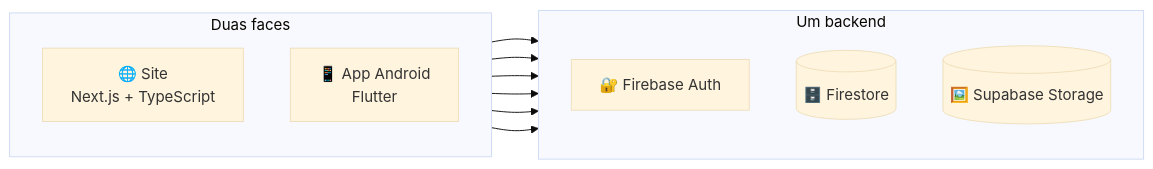
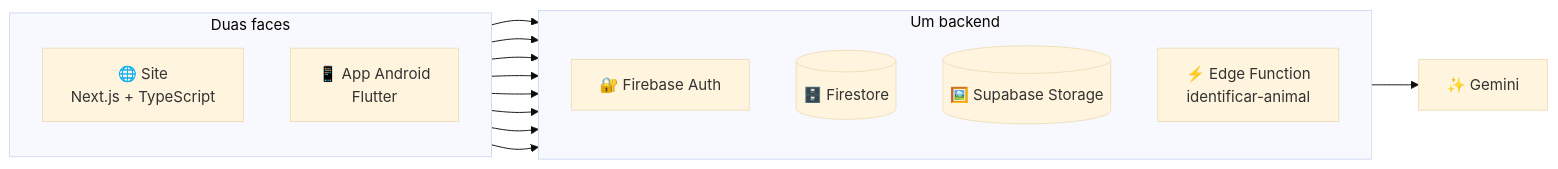
One commit to ecomap-devs/.github changed the diagram in profile/README.md. Above: the diagram before and after it, drawn with Mermaid (base theme). The commit also changed other lines of this file, not shown here.

Commit message:
Atualizar o estado do site e as funcoes novas no README da organizacao
O semestre-4-nextjs ainda aparecia como "porte em andamento": o porte
terminou e o site esta no endereco principal desde 01/10/2026, publicado
a cada merge. A descricao e o diagrama ganham o que entrou depois: os
biomas pelo limite do IBGE e a identificacao de animal por foto, pela
Edge Function do Supabase que consulta o Gemini.

````diff
--- a/profile/README.md
+++ b/profile/README.md
@@ -33,16 +34,18 @@
 ```mermaid
 flowchart LR
     subgraph faces[Duas faces]
         direction TB
         web["🌐 Site<br/>Next.js + TypeScript"]
         app["📱 App Android<br/>Flutter"]
     end
     subgraph backend[Um backend]
         direction TB
         auth[🔐 Firebase Auth]
         fs[(🗄️ Firestore)]
         sb[(🖼️ Supabase Storage)]
+        fn["⚡ Edge Function<br/>identificar-animal"]
     end
-    web --> auth & fs & sb
-    app --> auth & fs & sb
+    web --> auth & fs & sb & fn
+    app --> auth & fs & sb & fn
+    fn --> gemini["✨ Gemini"]
 ```
````
